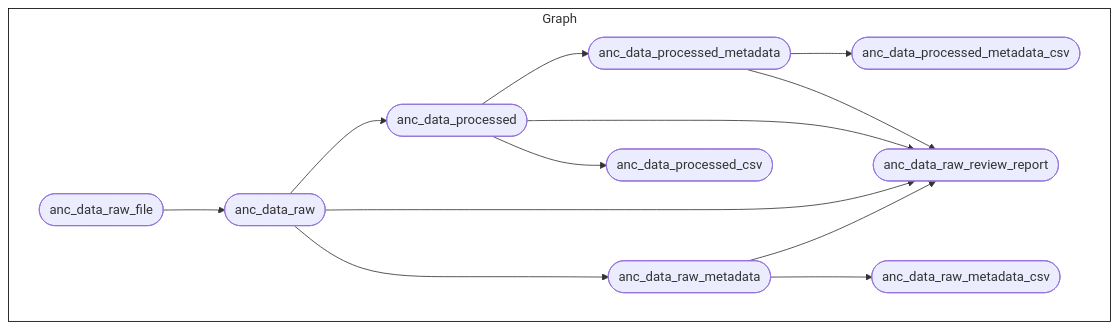
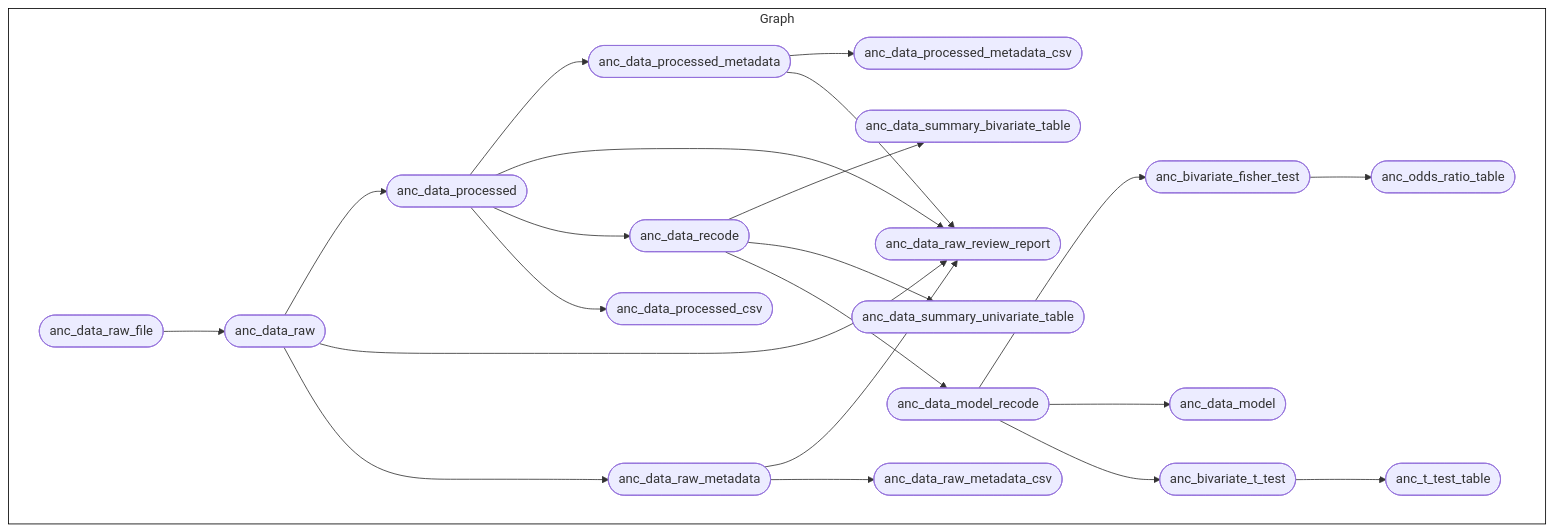
The diagram in README.md (OxfordIHTM/gh-anaemia-pregnancy), drawn with Mermaid before and after one commit. The commit also changed 6 other files, not shown here.

Commit message:
add fisher test and t-test functions and outputs

````diff
--- a/README.md
+++ b/README.md
@@ -117,18 +117,27 @@
 ``` mermaid
 graph LR
   style Graph fill:#FFFFFF00,stroke:#000000;
   subgraph Graph
     direction LR
     xbba39ca9e518ed94(["anc_data_raw"]):::uptodate --> x597caed207d4fc5d(["anc_data_processed"]):::uptodate
     x597caed207d4fc5d(["anc_data_processed"]):::uptodate --> x34b86f86bb8014ea(["anc_data_processed_metadata"]):::uptodate
     x34b86f86bb8014ea(["anc_data_processed_metadata"]):::uptodate --> x2d4384c638b4d284(["anc_data_processed_metadata_csv"]):::uptodate
     x597caed207d4fc5d(["anc_data_processed"]):::uptodate --> x34a9c3203c3a0d4e(["anc_data_raw_review_report"]):::uptodate
     x34b86f86bb8014ea(["anc_data_processed_metadata"]):::uptodate --> x34a9c3203c3a0d4e(["anc_data_raw_review_report"]):::uptodate
     xbba39ca9e518ed94(["anc_data_raw"]):::uptodate --> x34a9c3203c3a0d4e(["anc_data_raw_review_report"]):::uptodate
     x8a8877168229f4dd(["anc_data_raw_metadata"]):::uptodate --> x34a9c3203c3a0d4e(["anc_data_raw_review_report"]):::uptodate
+    xa2691830171b0cf9(["anc_data_recode"]):::uptodate --> x83b06018b27c1391(["anc_data_summary_bivariate_table"]):::uptodate
+    xa2691830171b0cf9(["anc_data_recode"]):::uptodate --> xdeea979a9fc8283c(["anc_data_summary_univariate_table"]):::uptodate
+    x597caed207d4fc5d(["anc_data_processed"]):::uptodate --> xa2691830171b0cf9(["anc_data_recode"]):::uptodate
     x597caed207d4fc5d(["anc_data_processed"]):::uptodate --> x9efa48e5541103b9(["anc_data_processed_csv"]):::uptodate
     x05812169c4dfa932(["anc_data_raw_file"]):::uptodate --> xbba39ca9e518ed94(["anc_data_raw"]):::uptodate
     xbba39ca9e518ed94(["anc_data_raw"]):::uptodate --> x8a8877168229f4dd(["anc_data_raw_metadata"]):::uptodate
+    x22e570cd18c3f66c(["anc_bivariate_t_test"]):::uptodate --> x02d4c90c16108e87(["anc_t_test_table"]):::uptodate
+    xc84eb75d2309c0e2(["anc_data_model_recode"]):::uptodate --> x77712cf549a15628(["anc_bivariate_fisher_test"]):::uptodate
+    xc84eb75d2309c0e2(["anc_data_model_recode"]):::uptodate --> x6262f74751558db7(["anc_data_model"]):::uptodate
+    x77712cf549a15628(["anc_bivariate_fisher_test"]):::uptodate --> x2d1d696496197875(["anc_odds_ratio_table"]):::uptodate
     x8a8877168229f4dd(["anc_data_raw_metadata"]):::uptodate --> x2f4ef36220e6f123(["anc_data_raw_metadata_csv"]):::uptodate
+    xa2691830171b0cf9(["anc_data_recode"]):::uptodate --> xc84eb75d2309c0e2(["anc_data_model_recode"]):::uptodate
+    xc84eb75d2309c0e2(["anc_data_model_recode"]):::uptodate --> x22e570cd18c3f66c(["anc_bivariate_t_test"]):::uptodate
   end
 ```
````
